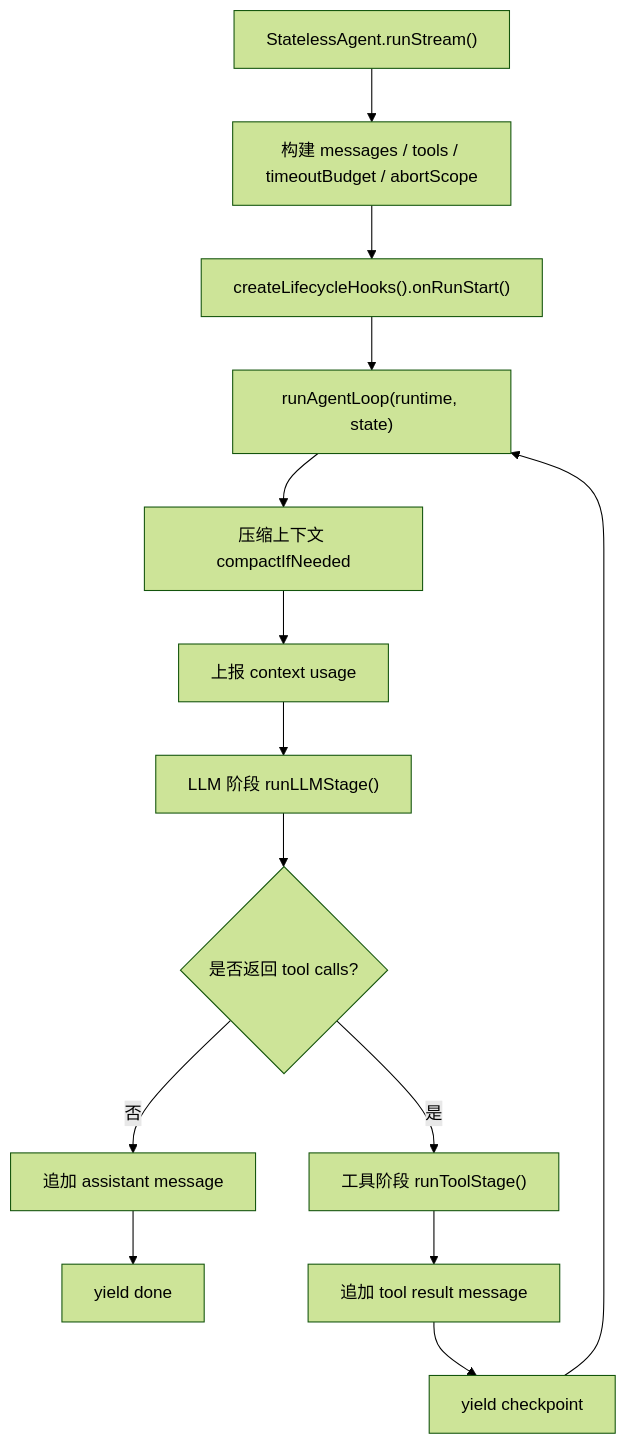
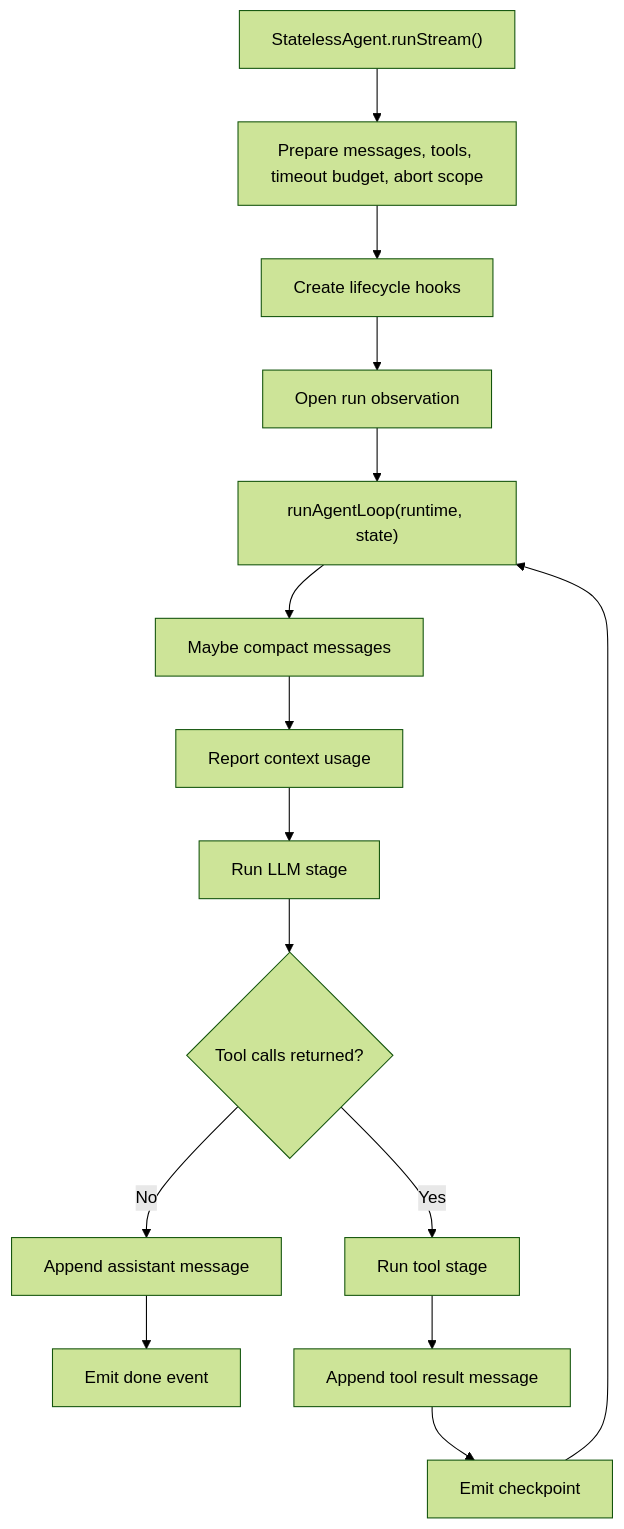
The diagram in packages/core/src/agent/agent/EXECUTION_FLOW.md (renxqoo/renx-code-v2), drawn with Mermaid (forest theme) before and after one commit. The commit also changed other lines of this file and 69 other files, not shown here.

Commit message:
feat: support runtime follow-up input flow

````diff
--- a/packages/core/src/agent/agent/EXECUTION_FLOW.md
+++ b/packages/core/src/agent/agent/EXECUTION_FLOW.md
@@ -84,16 +61,17 @@
 ```mermaid
 flowchart TD
-    A["StatelessAgent.runStream()"] --> B["构建 messages / tools / timeoutBudget / abortScope"]
-    B --> C["createLifecycleHooks().onRunStart()"]
-    C --> D["runAgentLoop(runtime, state)"]
-    D --> E["压缩上下文 compactIfNeeded"]
-    E --> F["上报 context usage"]
-    F --> G["LLM 阶段 runLLMStage()"]
-    G --> H{"是否返回 tool calls?"}
-    H -- "否" --> I["追加 assistant message"]
-    I --> J["yield done"]
-    H -- "是" --> K["工具阶段 runToolStage()"]
-    K --> L["追加 tool result message"]
-    L --> M["yield checkpoint"]
-    M --> D
+    A["StatelessAgent.runStream()"] --> B["Prepare messages, tools, timeout budget, abort scope"]
+    B --> C["Create lifecycle hooks"]
+    C --> D["Open run observation"]
+    D --> E["runAgentLoop(runtime, state)"]
+    E --> F["Maybe compact messages"]
+    F --> G["Report context usage"]
+    G --> H["Run LLM stage"]
+    H --> I{"Tool calls returned?"}
+    I -- "No" --> J["Append assistant message"]
+    J --> K["Emit done event"]
+    I -- "Yes" --> L["Run tool stage"]
+    L --> M["Append tool result message"]
+    M --> N["Emit checkpoint"]
+    N --> E
 ```
````
